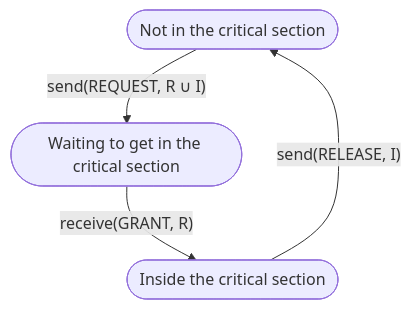
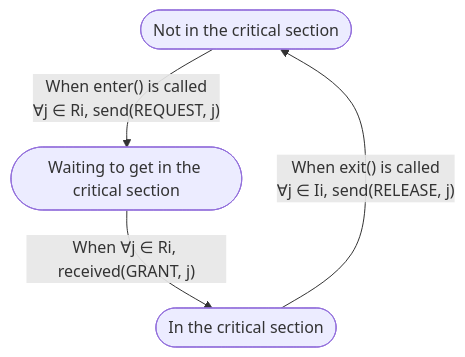
One commit to guidanoli/inf2056 changed the diagram in README.md. Above: the diagram before and after it, drawn with Mermaid. The commit also changed other lines of this file, not shown here.

````diff
--- a/README.md
+++ b/README.md
@@ -12,12 +12,12 @@
 ```mermaid
 %% State machine for processes in Sanders87
 graph TB
     %% States
     NotInCS([Not in the critical section])
     Waiting([Waiting to get in the critical section])
-    InCS([Inside the critical section])
+    InCS([In the critical section])
     %% Transitions
-    NotInCS -- "send(REQUEST, R ∪ I)" --> Waiting
-    Waiting -- "receive(GRANT, R)" --> InCS
-    InCS -- "send(RELEASE, I)" --> NotInCS
+    NotInCS -- "When enter() is called<br/>∀j ∈ Ri, send(REQUEST, j)" --> Waiting
+    Waiting -- "When ∀j ∈ Ri, received(GRANT, j)" --> InCS
+    InCS -- "When exit() is called<br/>∀j ∈ Ii, send(RELEASE, j)" --> NotInCS
 ```
````
